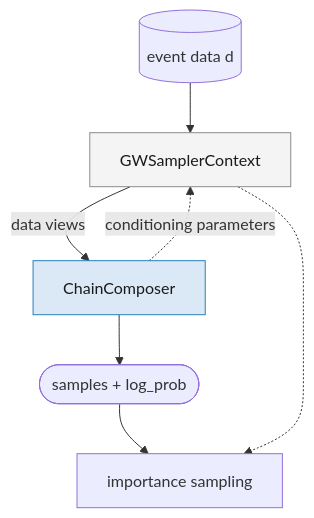
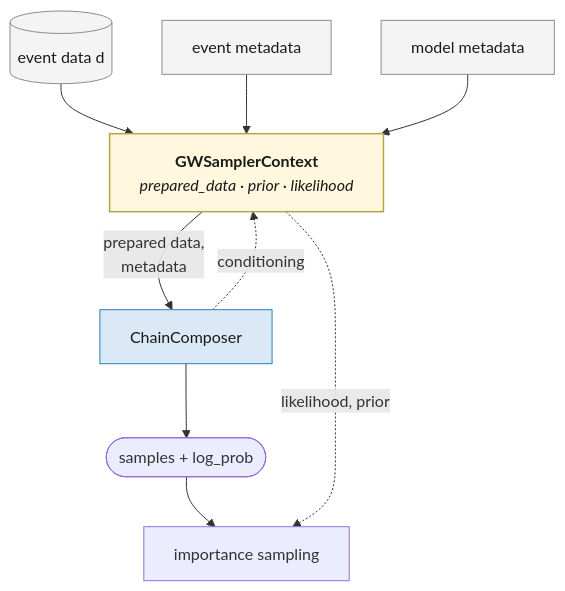
Before and after one commit to dingo-gw/dingo: the second of 2 diagrams in docs/source/sampling_chains.md, drawn with Mermaid. The commit also changed other lines of this file and 5 other files, not shown here.

````diff
--- a/docs/source/sampling_chains.md
+++ b/docs/source/sampling_chains.md
@@ -250,14 +183,28 @@
 ```{mermaid}
+:caption: Data flow through the sampler context. This figure omits likelihood-based factors such as the synthetic phase.
+
 flowchart TB
-    d[("event data d")] --> ctx["GWSamplerContext"]
-    ctx -- "data views" --> comp["ChainComposer"]
-    comp -. "conditioning parameters" .-> ctx
-    comp --> out(["samples + log_prob"])
-    out --> isamp["importance sampling"]
-    ctx -.-> isamp
+    d[("event data d")]
+    em["event metadata"]
+    md["model metadata"]
+    ctx["<b>GWSamplerContext</b><br/><i>prepared_data&nbsp;·&nbsp;prior&nbsp;·&nbsp;likelihood</i>"]
+    comp["ChainComposer"]
+    out(["samples + log_prob"])
+    isamp["importance sampling"]
+
+    d --> ctx
+    em --> ctx
+    md --> ctx
+    ctx -- "prepared data,<br/>metadata" --> comp
+    comp -. "conditioning" .-> ctx
+    comp --> out
+    out --> isamp
+    ctx -. "likelihood, prior" .-> isamp
 
     classDef ctxstyle fill:#f4f4f4,stroke:#8c8c8c,color:#1a1a1a
+    classDef ctxnode fill:#fff8de,stroke:#b5a642,stroke-width:1.5px,color:#1a1a1a
     classDef step fill:#dbe9f6,stroke:#2980b9,color:#1a1a1a
-    class ctx ctxstyle
+    class d,em,md ctxstyle
+    class ctx ctxnode
     class comp step
 ```
````
